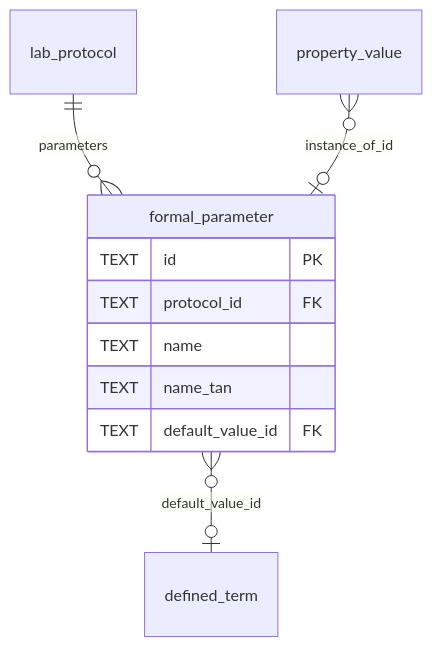
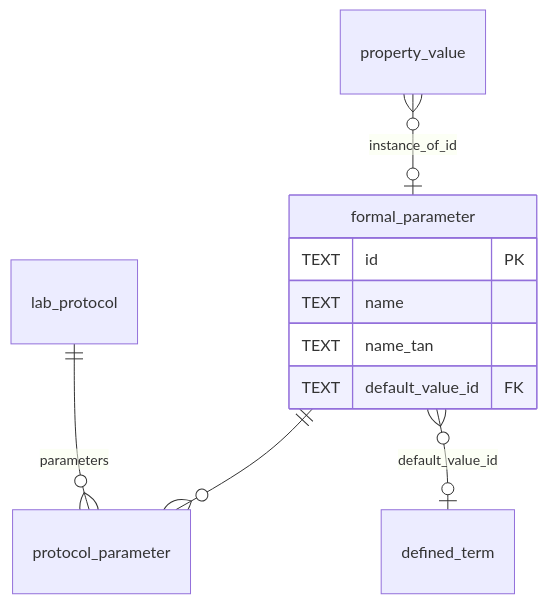
One commit to HLWeil/ProcessCore changed the fourth of 18 diagrams in schemas/sql/design.md. Above: the diagram before and after it, drawn with Mermaid. The commit also changed other lines of this file, not shown here.

Commit message:
docs: improve SQL schema design plan

````diff
--- a/schemas/sql/design.md
+++ b/schemas/sql/design.md
@@ -132,13 +137,13 @@
 ```mermaid
 erDiagram
     formal_parameter {
         TEXT id PK
-        TEXT protocol_id FK
         TEXT name
         TEXT name_tan
         TEXT default_value_id FK
     }
-    lab_protocol ||--o{ formal_parameter : "parameters"
+    lab_protocol ||--o{ protocol_parameter : "parameters"
+    formal_parameter ||--o{ protocol_parameter : ""
     formal_parameter }o--o| defined_term : "default_value_id"
     property_value }o--o| formal_parameter : "instance_of_id"
 ```
````
